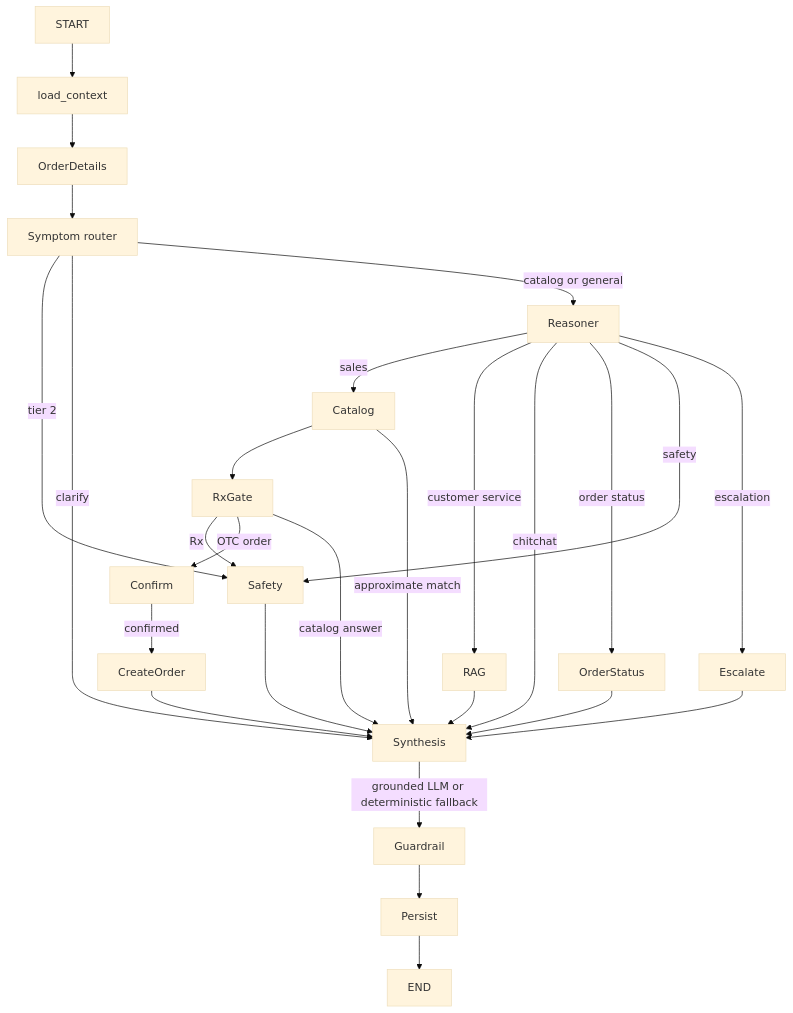
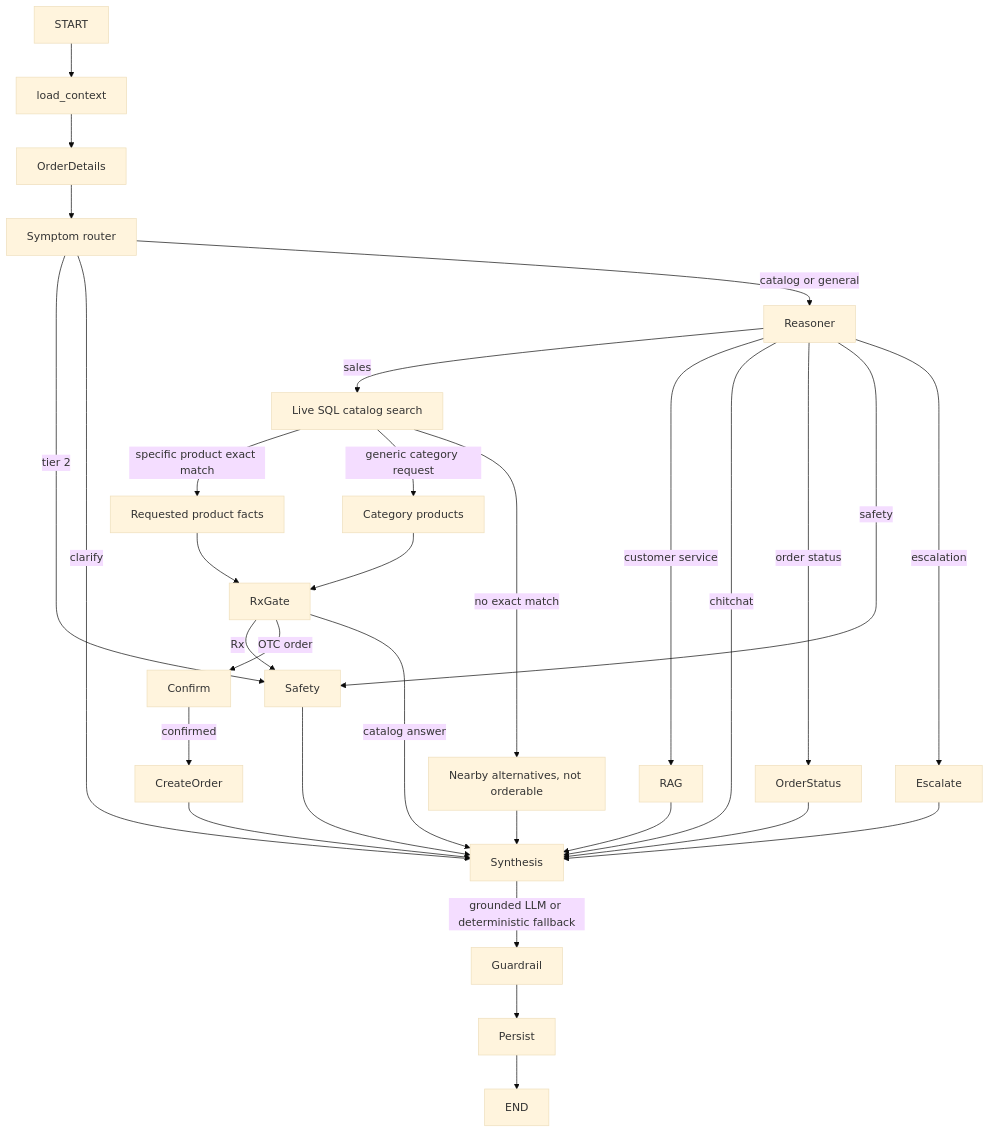
One commit to RowanFayez/ShifaPharmacy_AISales_CustomerServiceAgent changed the diagram in docs/diagrams/langgraph.mmd. Above: the diagram before and after it, drawn with Mermaid (base theme). The commit also changed 4 other files, not shown here.

Commit message:
Enhance product search to prioritize specific vitamin queries and add corresponding tests

```diff
--- a/docs/diagrams/langgraph.mmd
+++ b/docs/diagrams/langgraph.mmd
@@ -1,21 +1,26 @@
 flowchart TD
   START --> Context[load_context] --> OrderDetails --> Symptoms[Symptom router]
   Symptoms -->|tier 2| Safety
   Symptoms -->|clarify| Synthesis
   Symptoms -->|catalog or general| Reasoner
-  Reasoner -->|sales| Catalog --> RxGate
+  Reasoner -->|sales| Catalog[Live SQL catalog search]
+  Catalog -->|specific product exact match| ProductResult[Requested product facts]
+  Catalog -->|generic category request| CategoryResult[Category products]
+  Catalog -->|no exact match| Approx[Nearby alternatives, not orderable]
+  ProductResult --> RxGate
+  CategoryResult --> RxGate
   RxGate -->|Rx| Safety
   RxGate -->|OTC order| Confirm -->|confirmed| CreateOrder
   RxGate -->|catalog answer| Synthesis
-  Catalog -->|approximate match| Synthesis
+  Approx --> Synthesis
   Reasoner -->|customer service| RAG
   Reasoner -->|chitchat| Synthesis
   Reasoner -->|order status| OrderStatus
   Reasoner -->|safety| Safety
   Reasoner -->|escalation| Escalate
   RAG --> Synthesis
   CreateOrder --> Synthesis
   OrderStatus --> Synthesis
   Safety --> Synthesis
   Escalate --> Synthesis
   Synthesis -->|grounded LLM or deterministic fallback| Guardrail --> Persist --> END
```
